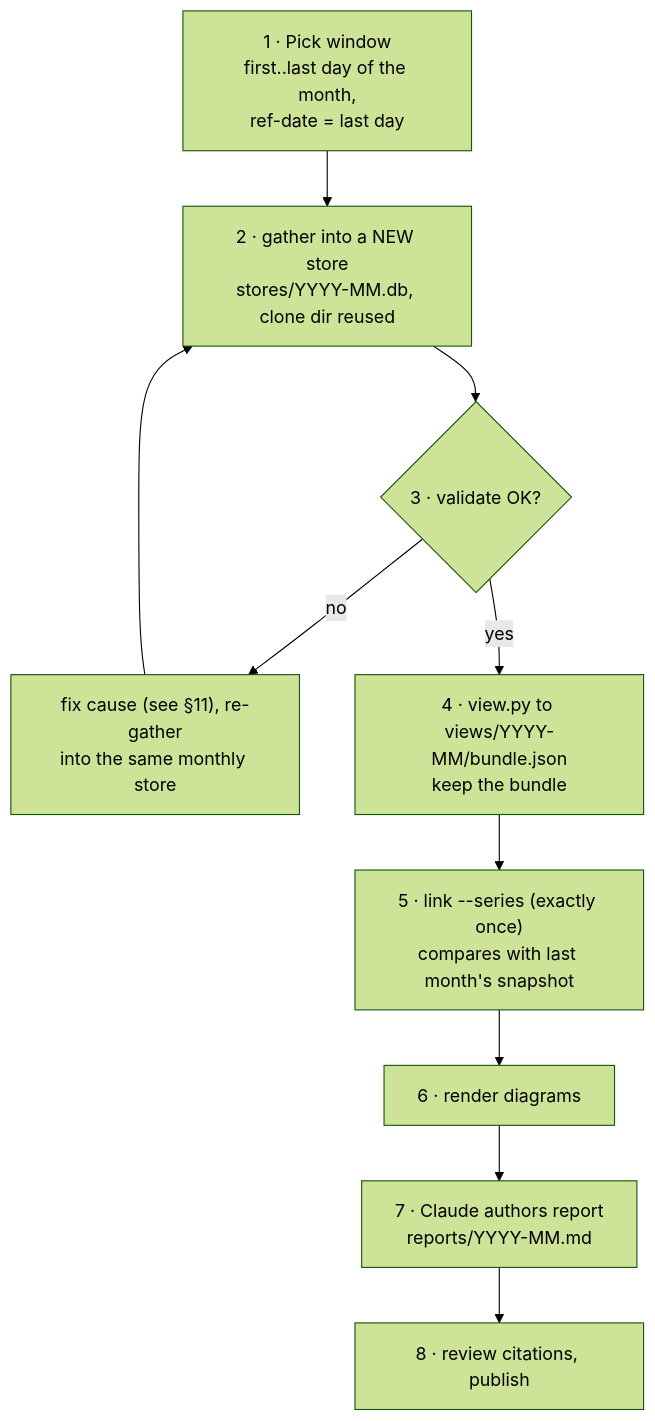
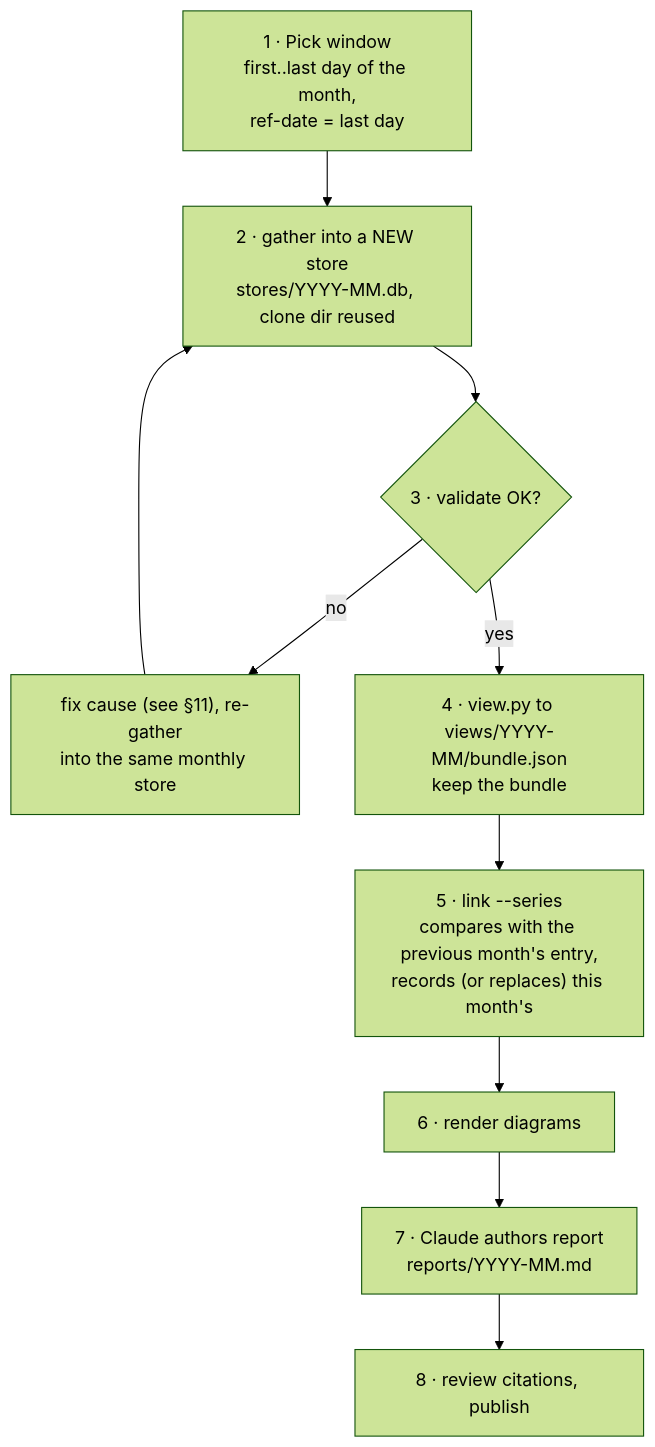
One commit to DamianFlynn/experiments changed the first of 2 diagrams in .claude/skills/activity-overview/docs/USAGE.md. Above: the diagram before and after it, drawn with Mermaid (forest theme). The commit also changed other lines of this file and 16 other files, not shown here.

````diff
--- a/.claude/skills/activity-overview/docs/USAGE.md
+++ b/.claude/skills/activity-overview/docs/USAGE.md
@@ -177,11 +177,11 @@
 ```mermaid
 flowchart TB
   a["1 · Pick window<br/>first..last day of the month,<br/>ref-date = last day"] --> b["2 · gather into a NEW store<br/>stores/YYYY-MM.db, clone dir reused"]
   b --> c{"3 · validate OK?"}
   c -- no --> fix["fix cause (see §11), re-gather<br/>into the same monthly store"] --> b
   c -- yes --> d["4 · view.py to views/YYYY-MM/bundle.json<br/>keep the bundle"]
-  d --> e["5 · link --series (exactly once)<br/>compares with last month's snapshot"]
+  d --> e["5 · link --series<br/>compares with the previous month's entry,<br/>records (or replaces) this month's"]
   e --> f["6 · render diagrams"]
   f --> g["7 · Claude authors report<br/>reports/YYYY-MM.md"]
   g --> h["8 · review citations, publish"]
 ```
````
